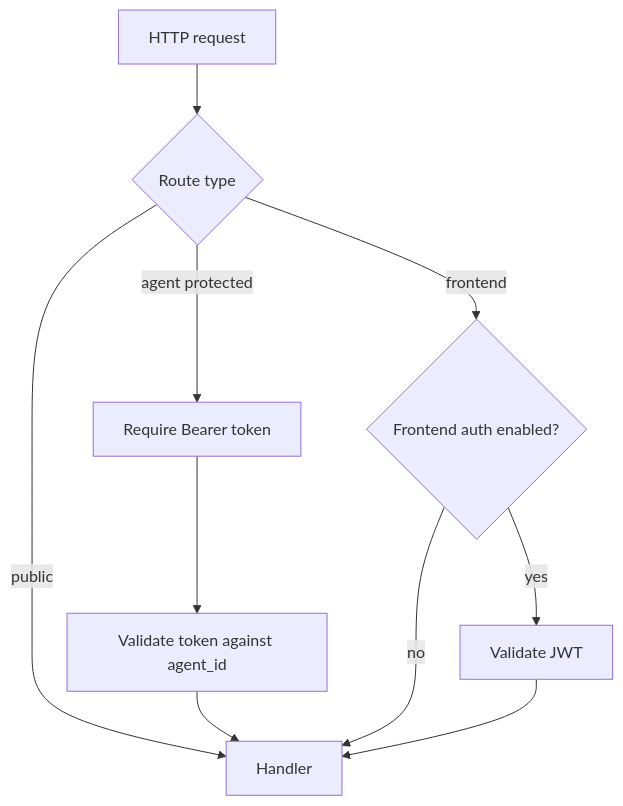
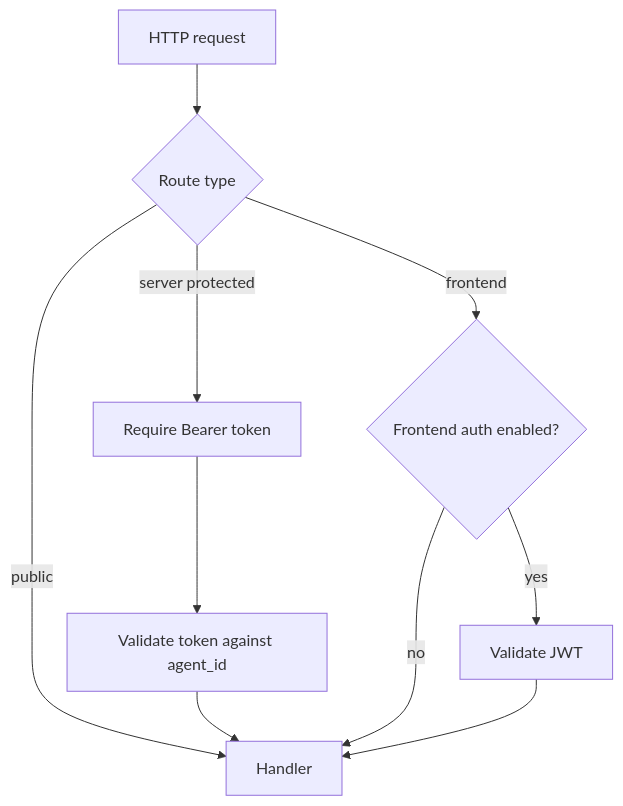
One commit to sunday-studio/orion changed the first of 4 diagrams in docs/architecture/core-features.md. Above: the diagram before and after it, drawn with Mermaid. The commit also changed other lines of this file and 223 other files, not shown here.

````diff
--- a/docs/architecture/core-features.md
+++ b/docs/architecture/core-features.md
@@ -39,12 +39,12 @@
 ```mermaid
 flowchart TD
   Request["HTTP request"] --> RouteType{"Route type"}
   RouteType -- "public" --> Handler["Handler"]
-  RouteType -- "agent protected" --> Bearer["Require Bearer token"]
+  RouteType -- "server protected" --> Bearer["Require Bearer token"]
   Bearer --> Validate["Validate token against agent_id"]
   Validate --> Handler
   RouteType -- "frontend" --> AuthOn{"Frontend auth enabled?"}
   AuthOn -- "no" --> Handler
   AuthOn -- "yes" --> JWT["Validate JWT"]
   JWT --> Handler
 ```
````
